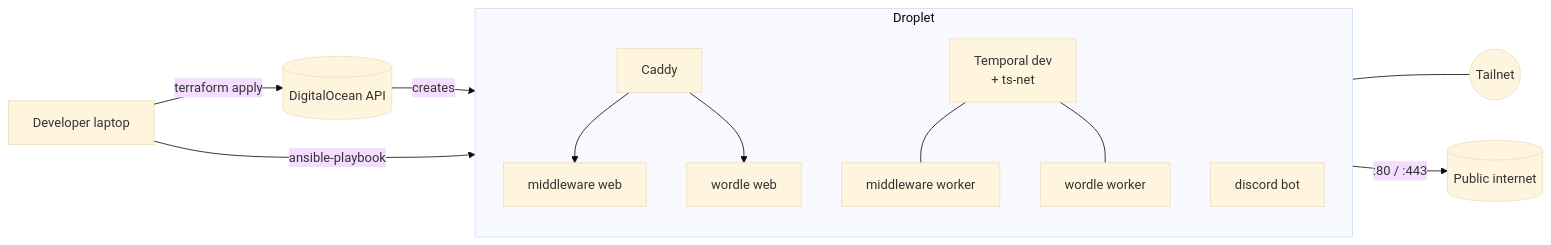
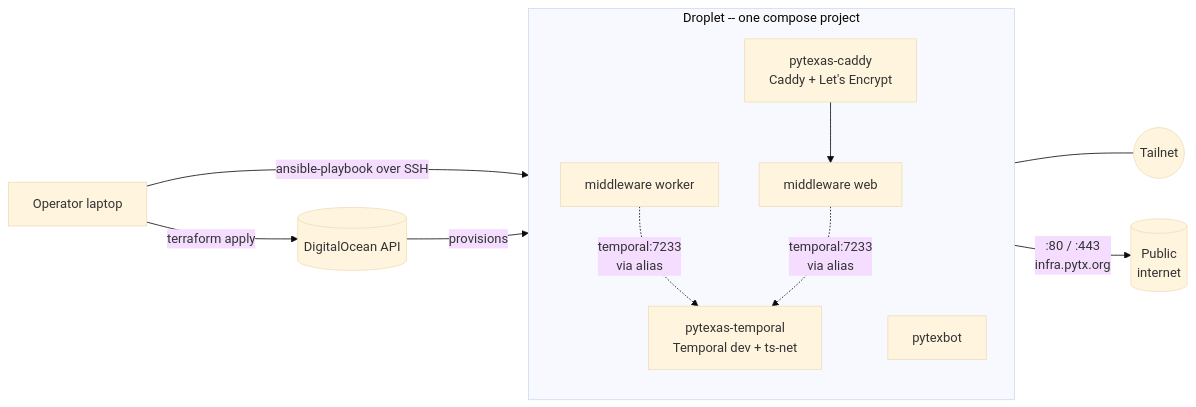
One commit to pytexas/infrastructure changed the first of 2 diagrams in README.md. Above: the diagram before and after it, drawn with Mermaid (base theme). The commit also changed other lines of this file and 8 other files, not shown here.

````diff
--- a/README.md
+++ b/README.md
@@ -27,17 +11,27 @@
 ```mermaid
 flowchart LR
-    dev[Developer laptop] -->|terraform apply| do[(DigitalOcean API)]
-    do -->|creates| droplet["Droplet<br/>s-2vcpu-2gb · sfo3"]
-    dev -->|ansible-playbook| droplet
-    droplet --- tailnet((Tailnet))
-    droplet -->|:80 / :443| internet[(Public internet)]
+    laptop[Operator laptop]
+    do[(DigitalOcean API)]
+    droplet["Droplet<br/>s-2vcpu-2gb · sfo3"]
+    tailnet((Tailnet))
+    internet[(Public<br/>internet)]
 
-    subgraph droplet [Droplet]
+    laptop -->|terraform apply| do
+    laptop -->|ansible-playbook over SSH| droplet
+    do -->|provisions| droplet
+    droplet --- tailnet
+    droplet -->|:80 / :443<br/>infra.pytx.org| internet
+
+    subgraph droplet [Droplet -- one compose project]
         direction TB
-        caddy[Caddy] --> web1[middleware web]
-        caddy --> web2[wordle web]
-        temporal[Temporal dev<br/>+ ts-net] --- worker1[middleware worker]
-        temporal --- worker2[wordle worker]
-        bot[discord bot]
+        caddy[pytexas-caddy<br/>Caddy + Let's Encrypt]
+        temporal[pytexas-temporal<br/>Temporal dev + ts-net]
+        worker[middleware worker]
+        web[middleware web]
+        bot[pytexbot]
+
+        caddy --> web
+        worker -.->|temporal:7233<br/>via alias| temporal
+        web -.->|temporal:7233<br/>via alias| temporal
     end
 ```
````
